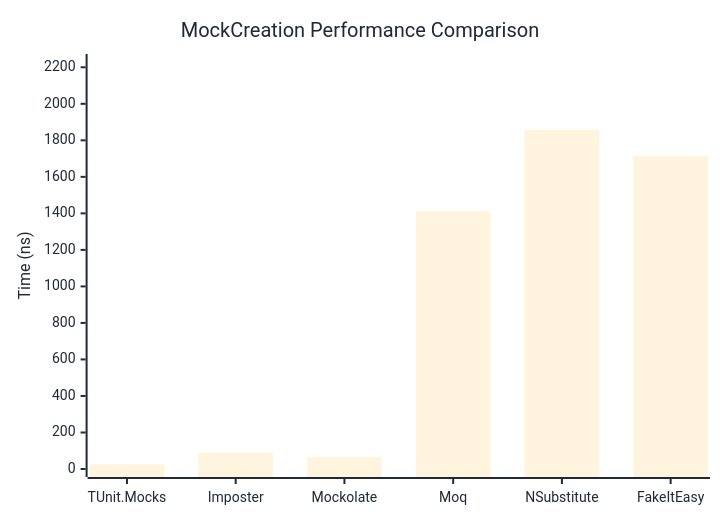
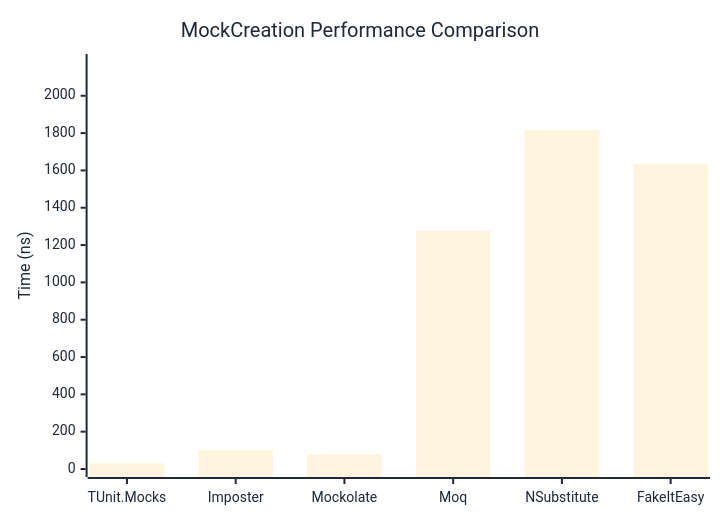
One commit to thomhurst/TUnit changed the first of 2 diagrams in docs/docs/benchmarks/mocks/MockCreation.md. Above: the diagram before and after it, drawn with Mermaid. The commit also changed other lines of this file and 14 other files, not shown here.

````diff
--- a/docs/docs/benchmarks/mocks/MockCreation.md
+++ b/docs/docs/benchmarks/mocks/MockCreation.md
@@ -28,27 +28,27 @@
 ```mermaid
 %%{init: {
   'theme':'base',
   'themeVariables': {
     'primaryColor': '#2563eb',
     'primaryTextColor': '#1f2937',
     'primaryBorderColor': '#1e40af',
     'lineColor': '#6b7280',
     'secondaryColor': '#7c3aed',
     'tertiaryColor': '#dc2626',
     'background': '#ffffff',
     'pie1': '#2563eb',
     'pie2': '#7c3aed',
     'pie3': '#dc2626',
     'pie4': '#f59e0b',
     'pie5': '#10b981',
     'pie6': '#06b6d4',
     'pie7': '#ec4899',
     'pie8': '#6366f1'
   }
 }}%%
 xychart-beta
   title "MockCreation Performance Comparison"
   x-axis ["TUnit.Mocks", "Imposter", "Mockolate", "Moq", "NSubstitute", "FakeItEasy"]
-  y-axis "Time (ns)" 0 --> 2229
-  bar [24.81, 89.09, 65.4, 1412.04, 1856.74, 1714.86]
+  y-axis "Time (ns)" 0 --> 2181
+  bar [30.6, 102.23, 78.74, 1276.38, 1816.97, 1635.42]
 ```
````
